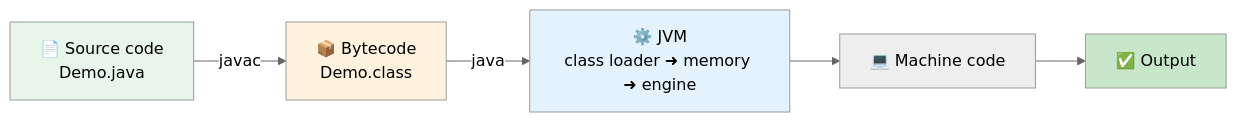
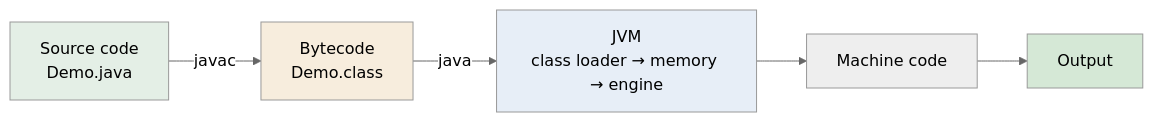
Before and after one commit to kundankumarsharma56/Leaning-Java: the second of 2 diagrams in src/Theory/README.md, drawn with Mermaid (neutral theme). The commit also changed other lines of this file and 84 other files, not shown here.

````diff
--- a/src/Theory/README.md
+++ b/src/Theory/README.md
@@ -70,10 +70,10 @@
 ```mermaid
 flowchart LR
-    S["📄 Source code<br/>Demo.java"] -->|javac| B["📦 Bytecode<br/>Demo.class"]
-    B -->|java| J["⚙️ JVM<br/>class loader ➜ memory ➜ engine"]
-    J --> M["💻 Machine code"] --> O["✅ Output"]
-    style S fill:#e8f5e9
-    style B fill:#fff3e0
-    style J fill:#e3f2fd
-    style O fill:#c8e6c9
+    S["Source code<br/>Demo.java"] -->|javac| B["Bytecode<br/>Demo.class"]
+    B -->|java| J["JVM<br/>class loader → memory → engine"]
+    J --> M["Machine code"] --> O["Output"]
+    style S fill:#e4efe6
+    style B fill:#f7eddd
+    style J fill:#e7eef7
+    style O fill:#d5e8d6
 ```
````
